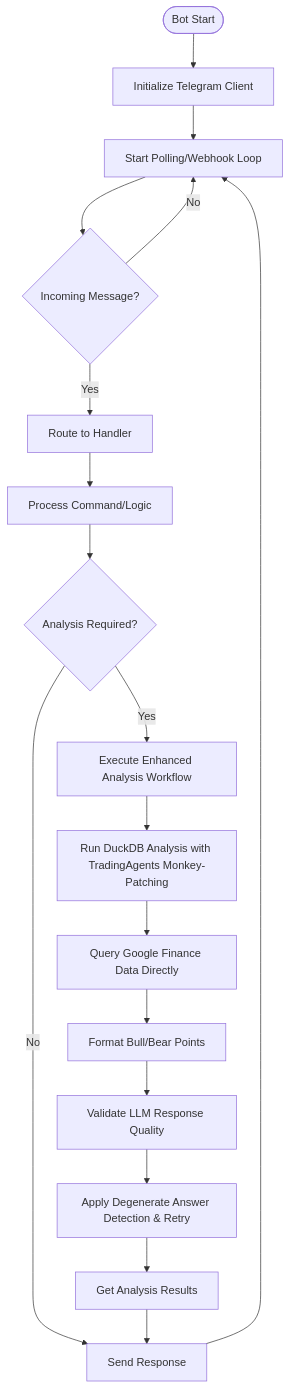
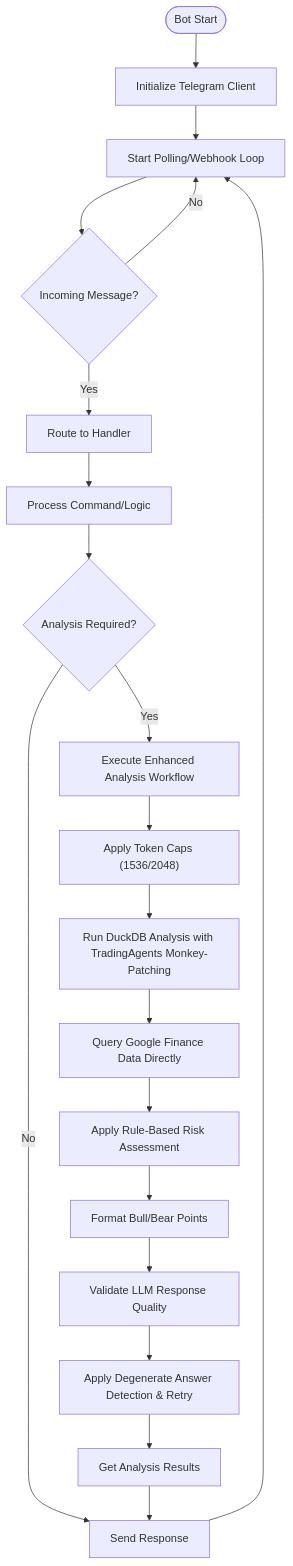
Before and after one commit to ZengSeng/telegram-bot: the third of 13 diagrams in .qoder/repowiki/en/content/Core Components/Analysis Framework.md, drawn with Mermaid. The commit also changed other lines of this file and 8 other files, not shown here.

````diff
--- a/.qoder/repowiki/en/content/Core Components/Analysis Framework.md
+++ b/.qoder/repowiki/en/content/Core Components/Analysis Framework.md
@@ -254,20 +269,22 @@
 ```mermaid
 flowchart TD
 Start(["Bot Start"]) --> Init["Initialize Telegram Client"]
 Init --> Poll["Start Polling/Webhook Loop"]
 Poll --> OnMessage{"Incoming Message?"}
 OnMessage --> |Yes| Route["Route to Handler"]
 Route --> Process["Process Command/Logic"]
 Process --> CheckAnalysis{"Analysis Required?"}
 CheckAnalysis --> |Yes| ExecuteAnalysis["Execute Enhanced Analysis Workflow"]
 CheckAnalysis --> |No| Reply["Send Response"]
-ExecuteAnalysis --> Analyze["Run DuckDB Analysis with TradingAgents Monkey-Patching"]
+ExecuteAnalysis --> ApplyTokens["Apply Token Caps (1536/2048)"]
+ApplyTokens --> Analyze["Run DuckDB Analysis with TradingAgents Monkey-Patching"]
 Analyze --> DirectDBQuery["Query Google Finance Data Directly"]
-DirectDBQuery --> FormatSentiment["Format Bull/Bear Points"]
+DirectDBQuery --> RuleBasedRisk["Apply Rule-Based Risk Assessment"]
+RuleBasedRisk --> FormatSentiment["Format Bull/Bear Points"]
 FormatSentiment --> ValidateLLM["Validate LLM Response Quality"]
 ValidateLLM --> RetryLogic["Apply Degenerate Answer Detection & Retry"]
 RetryLogic --> GetResults["Get Analysis Results"]
 GetResults --> Reply["Send Response"]
 Reply --> Poll
 OnMessage --> |No| Poll
 ```
````
